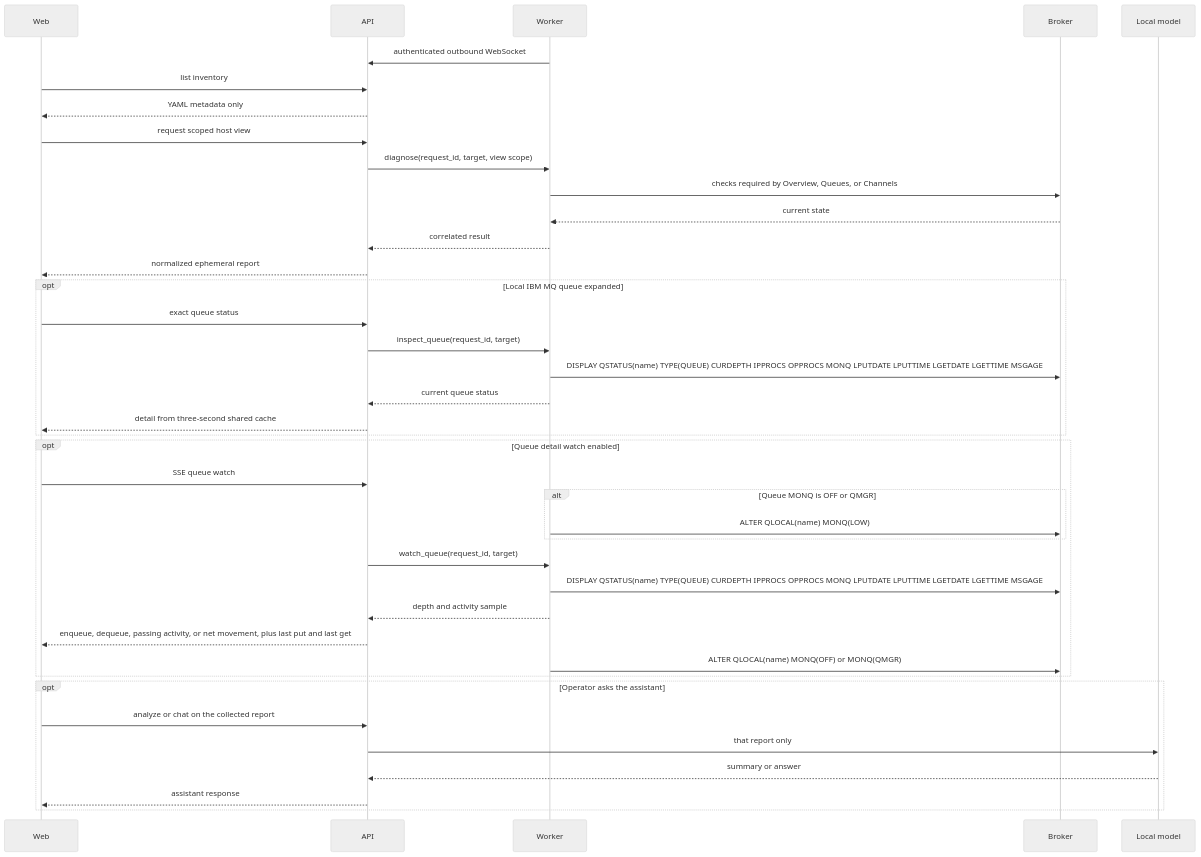
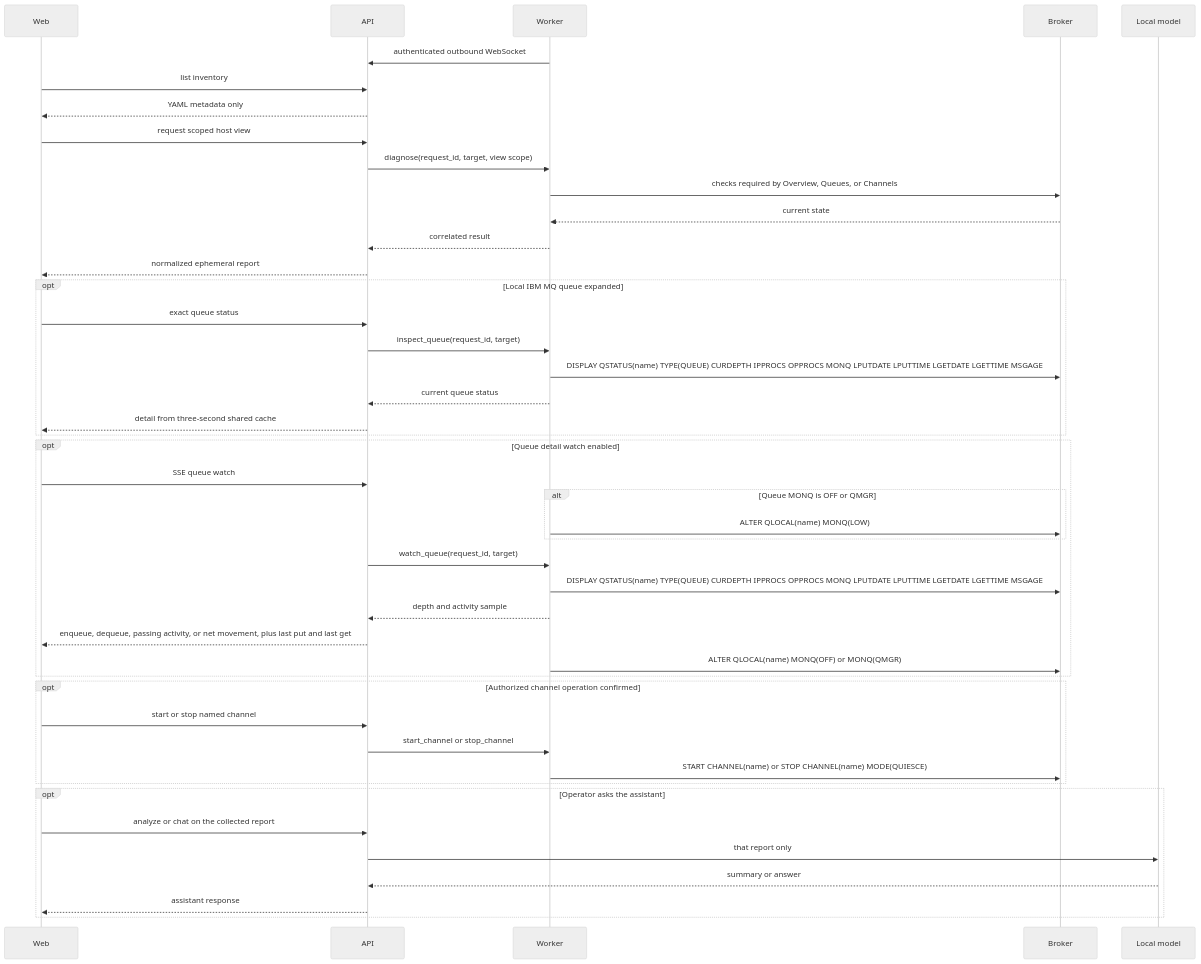
Before and after one commit to mqdeck/mqdeck: the diagram in docs/architecture.md, drawn with Mermaid (neutral theme). The commit also changed other lines of this file and 26 other files, not shown here.

````diff
--- a/docs/architecture.md
+++ b/docs/architecture.md
@@ -5,41 +5,46 @@
 ```mermaid
 sequenceDiagram
     participant Web
     participant API
     participant Worker
     participant Broker
     participant Model as Local model
     Worker->>API: authenticated outbound WebSocket
     Web->>API: list inventory
     API-->>Web: YAML metadata only
     Web->>API: request scoped host view
     API->>Worker: diagnose(request_id, target, view scope)
     Worker->>Broker: checks required by Overview, Queues, or Channels
     Broker-->>Worker: current state
     Worker-->>API: correlated result
     API-->>Web: normalized ephemeral report
     opt Local IBM MQ queue expanded
       Web->>API: exact queue status
       API->>Worker: inspect_queue(request_id, target)
       Worker->>Broker: DISPLAY QSTATUS(name) TYPE(QUEUE) CURDEPTH IPPROCS OPPROCS MONQ LPUTDATE LPUTTIME LGETDATE LGETTIME MSGAGE
       Worker-->>API: current queue status
       API-->>Web: detail from three-second shared cache
     end
     opt Queue detail watch enabled
       Web->>API: SSE queue watch
       alt Queue MONQ is OFF or QMGR
         Worker->>Broker: ALTER QLOCAL(name) MONQ(LOW)
       end
       API->>Worker: watch_queue(request_id, target)
       Worker->>Broker: DISPLAY QSTATUS(name) TYPE(QUEUE) CURDEPTH IPPROCS OPPROCS MONQ LPUTDATE LPUTTIME LGETDATE LGETTIME MSGAGE
       Worker-->>API: depth and activity sample
       API-->>Web: enqueue, dequeue, passing activity, or net movement, plus last put and last get
       Worker->>Broker: ALTER QLOCAL(name) MONQ(OFF) or MONQ(QMGR)
     end
+    opt Authorized channel operation confirmed
+      Web->>API: start or stop named channel
+      API->>Worker: start_channel or stop_channel
+      Worker->>Broker: START CHANNEL(name) or STOP CHANNEL(name) MODE(QUIESCE)
+    end
     opt Operator asks the assistant
       Web->>API: analyze or chat on the collected report
       API->>Model: that report only
       Model-->>API: summary or answer
       API-->>Web: assistant response
     end
 ```
````
